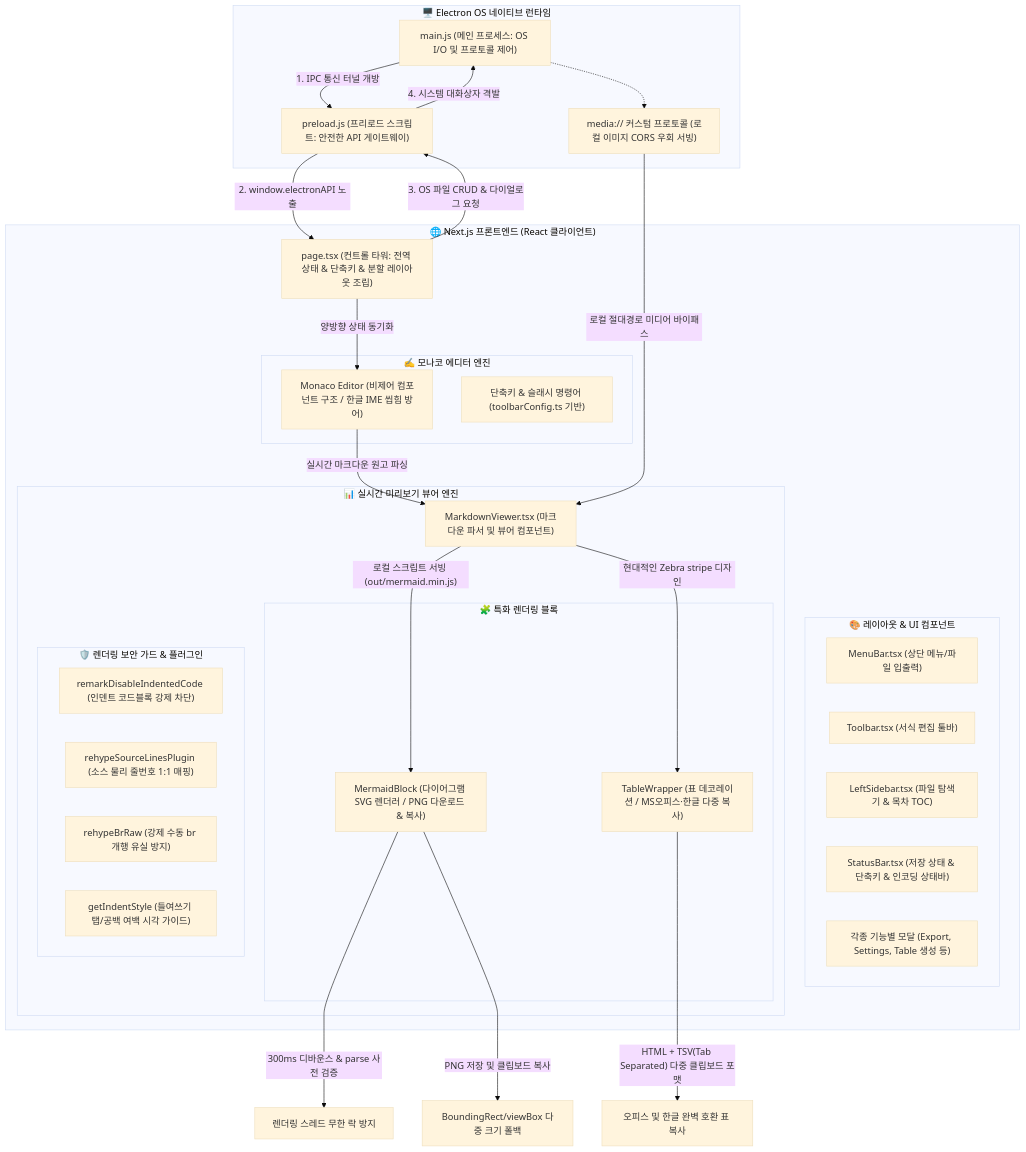
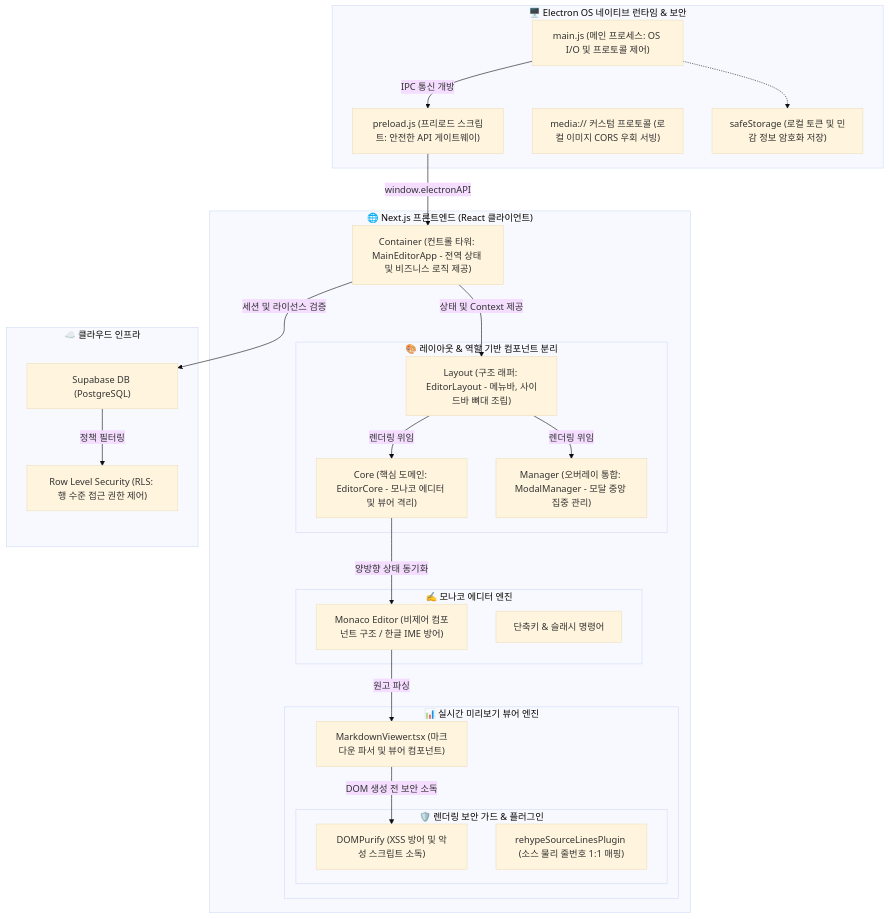
The diagram in 도움말/10_시스템 아키텍처 및 기능 명세서.md (chae1223-cbi/OnriviMarkDown), drawn with Mermaid (base theme) before and after one commit. The commit also changed other lines of this file and 2 other files, not shown here.

Commit message:
여기서부터 새로운시작

````diff
--- a/도움말/10_시스템 아키텍처 및 기능 명세서.md
+++ b/도움말/10_시스템 아키텍처 및 기능 명세서.md
@@ -9,63 +9,54 @@
 ```mermaid
 graph TD
-  subgraph Electron_OS ["🖥️ Electron OS 네이티브 런타임"]
+  subgraph Electron_OS ["🖥️ Electron OS 네이티브 런타임 & 보안"]
     Main["main.js (메인 프로세스: OS I/O 및 프로토콜 제어)"]
     Preload["preload.js (프리로드 스크립트: 안전한 API 게이트웨이)"]
     MediaProto["media:// 커스텀 프로토콜 (로컬 이미지 CORS 우회 서빙)"]
+    SafeStorage["safeStorage (로컬 토큰 및 민감 정보 암호화 저장)"]
   end
 
   subgraph Nextjs_App ["🌐 Next.js 프론트엔드 (React 클라이언트)"]
-    Page["page.tsx (컨트롤 타워: 전역 상태 & 단축키 & 분할 레이아웃 조립)"]
+    Container["Container (컨트롤 타워: MainEditorApp - 전역 상태 및 비즈니스 로직 제공)"]
     
-    subgraph UI_Components ["🎨 레이아웃 & UI 컴포넌트"]
-      MenuBar["MenuBar.tsx (상단 메뉴/파일 입출력)"]
-      Toolbar["Toolbar.tsx (서식 편집 툴바)"]
-      Sidebar["LeftSidebar.tsx (파일 탐색기 & 목차 TOC)"]
-      StatusBar["StatusBar.tsx (저장 상태 & 단축키 & 인코딩 상태바)"]
-      Modals["각종 기능별 모달 (Export, Settings, Table 생성 등)"]
+    subgraph UI_Components ["🎨 레이아웃 & 역할 기반 컴포넌트 분리"]
+      Layout["Layout (구조 래퍼: EditorLayout - 메뉴바, 사이드바 뼈대 조립)"]
+      Core["Core (핵심 도메인: EditorCore - 모나코 에디터 및 뷰어 격리)"]
+      Manager["Manager (오버레이 통합: ModalManager - 모달 중앙 집중 관리)"]
     end
 
-    subgraph Editor_Core ["✍️ 모나코 에디터 엔진"]
-      Monaco["Monaco Editor (비제어 컴포넌트 구조 / 한글 IME 씹힘 방어)"]
-      Hotkeys["단축키 & 슬래시 명령어 (toolbarConfig.ts 기반)"]
+    subgraph Editor_Engine ["✍️ 모나코 에디터 엔진"]
+      Monaco["Monaco Editor (비제어 컴포넌트 구조 / 한글 IME 방어)"]
+      Hotkeys["단축키 & 슬래시 명령어"]
     end
 
     subgraph Preview_Engine ["📊 실시간 미리보기 뷰어 엔진"]
       Viewer["MarkdownViewer.tsx (마크다운 파서 및 뷰어 컴포넌트)"]
       
-      subgraph Custom_Blocks ["🧩 특화 렌더링 블록"]
-        Mermaid["MermaidBlock (다이어그램 SVG 렌더러 / PNG 다운로드 & 복사)"]
-        TableWrapper["TableWrapper (표 데코레이션 / MS오피스·한글 다중 복사)"]
-      end
-
-      subgraph Custom_Plugins ["🛡️ 렌더링 보안 가드 & 플러그인"]
-        RemarkDisableIndented["remarkDisableIndentedCode (인덴트 코드블록 강제 차단)"]
+      subgraph Security_Layer ["🛡️ 렌더링 보안 가드 & 플러그인"]
+        DOMPurify["DOMPurify (XSS 방어 및 악성 스크립트 소독)"]
         RehypeLines["rehypeSourceLinesPlugin (소스 물리 줄번호 1:1 매핑)"]
-        RehypeBr["rehypeBrRaw (강제 수동 br 개행 유실 방지)"]
-        IndentStyle["getIndentStyle (들여쓰기 탭/공백 여백 시각 가이드)"]
       end
     end
   end
 
+  subgraph Database ["☁️ 클라우드 인프라"]
+    Supabase["Supabase DB (PostgreSQL)"]
+    RLS["Row Level Security (RLS: 행 수준 접근 권한 제어)"]
+  end
+
   %% 상호작용 및 데이터 흐름
-  Main -- "1. IPC 통신 터널 개방" --> Preload
-  Preload -- "2. window.electronAPI 노출" --> Page
-  Page -- "3. OS 파일 CRUD & 다이얼로그 요청" --> Preload
-  Preload -- "4. 시스템 대화상자 격발" --> Main
+  Main -- "IPC 통신 개방" --> Preload
+  Preload -- "window.electronAPI" --> Container
+  Main -.-> SafeStorage
   
-  Page -- "양방향 상태 동기화" --> Monaco
-  Monaco -- "실시간 마크다운 원고 파싱" --> Viewer
+  Container -- "상태 및 Context 제공" --> Layout
+  Layout -- "렌더링 위임" --> Core
+  Layout -- "렌더링 위임" --> Manager
+
+  Core -- "양방향 상태 동기화" --> Monaco
+  Monaco -- "원고 파싱" --> Viewer
+  Viewer -- "DOM 생성 전 보안 소독" --> DOMPurify
   
-  %% Mermaid 상세 제어
-  Viewer -- "로컬 스크립트 서빙 (out/mermaid.min.js)" --> Mermaid
-  Mermaid -- "300ms 디바운스 & parse 사전 검증" --> RenderGuard["렌더링 스레드 무한 락 방지"]
-  Mermaid -- "PNG 저장 및 클립보드 복사" --> SizeGuard["BoundingRect/viewBox 다중 크기 폴백"]
-
-  %% Table 상세 제어
-  Viewer -- "현대적인 Zebra stripe 디자인" --> TableWrapper
-  TableWrapper -- "HTML + TSV(Tab Separated) 다중 클립보드 포맷" --> CopyGuard["오피스 및 한글 완벽 호환 표 복사"]
-  
-  %% Local Serving
-  Main -.-> MediaProto
-  MediaProto -- "로컬 절대경로 미디어 바이패스" --> Viewer
+  Container -- "세션 및 라이선스 검증" --> Supabase
+  Supabase -- "정책 필터링" --> RLS
 ```
````
